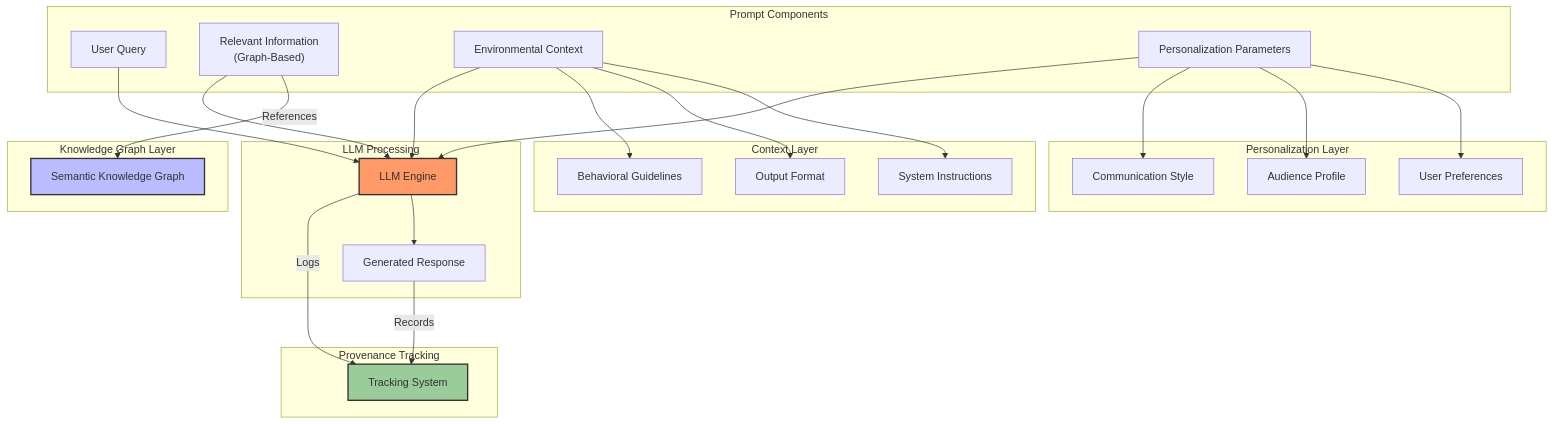
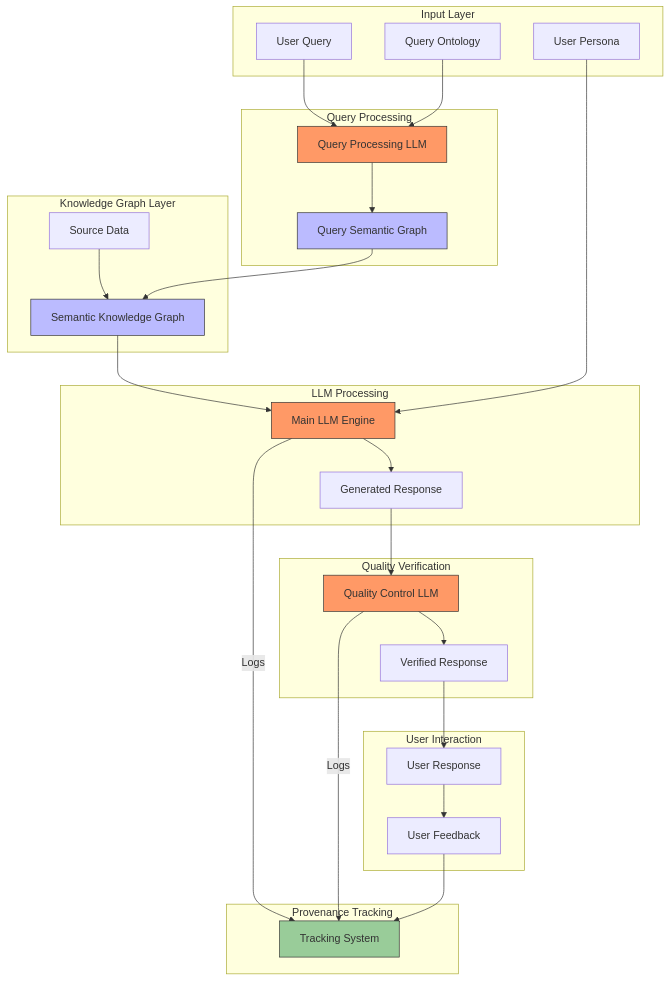
Before and after one commit to the-cyber-boardroom/cbr-investment: the diagram in docs/strategy/llms-as-a-commodity-strategy.md, drawn with Mermaid. The commit also changed 1 other file, not shown here.

Commit message:
added wardley map and update diagram on llms as a commodity

````diff
--- a/docs/strategy/llms-as-a-commodity-strategy.md
+++ b/docs/strategy/llms-as-a-commodity-strategy.md
@@ -30,52 +30,61 @@
 ```mermaid
-flowchart TD
-    subgraph "Prompt Components"
+
+flowchart TB
+    subgraph "Input Layer"
         U["User Query"]
-        R["Relevant Information<br>(Graph-Based)"]
-        E["Environmental Context"]
-        P["Personalization Parameters"]
+        ONT["Query Ontology"]
+        E["User Persona"]
+    end
+
+    subgraph "Query Processing"
+        QP["Query Processing LLM"]
+        QG["Query Semantic Graph"]
+        U --> QP
+        ONT --> QP
+        QP --> QG
     end
 
     subgraph "Knowledge Graph Layer"
         G["Semantic Knowledge Graph"]
-        R --> |References| G
-    end
-
-    subgraph "Context Layer"
-        C1["System Instructions"]
-        C2["Output Format"]
-        C3["Behavioral Guidelines"]
-        E --> C1
-        E --> C2
-        E --> C3
-    end
-
-    subgraph "Personalization Layer"
-        P1["User Preferences"]
-        P2["Audience Profile"]
-        P3["Communication Style"]
-        P --> P1
-        P --> P2
-        P --> P3
+        S["Source Data"]
+        S --> G
+        QG --> G
     end
 
     subgraph "LLM Processing"
-        L["LLM Engine"]
-        U --> L
-        R --> L
+        L["Main LLM Engine"]
+        O["Generated Response"]
+        
+        G --> L
         E --> L
-        P --> L
-        O["Generated Response"]
         L --> O
+    end
+
+    subgraph "Quality Verification"
+        QL["Quality Control LLM"]
+        O --> QL
+        VR["Verified Response"]
+        QL --> VR
+    end
+
+    subgraph "User Interaction"
+        UR["User Response"]
+        UF["User Feedback"]
+        VR --> UR
+        UR --> UF
     end
 
     subgraph "Provenance Tracking"
         T["Tracking System"]
         L --> |Logs| T
-        O --> |Records| T
+        QL --> |Logs| T
+        UF --> T
     end
 
-style G fill:#bbf,stroke:#333,stroke-width:2px
-style L fill:#f96,stroke:#333,stroke-width:2px
-style T fill:#9c9,stroke:#333,stroke-width:2px
+    style G fill:#bbf,stroke:#333
+    style QG fill:#bbf,stroke:#333
+    style L fill:#f96,stroke:#333
+    style QP fill:#f96,stroke:#333
+    style QL fill:#f96,stroke:#333
+    style T fill:#9c9,stroke:#333
 ```
````
